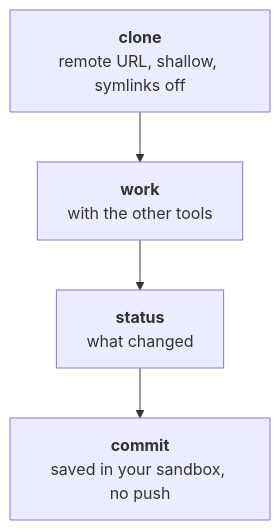
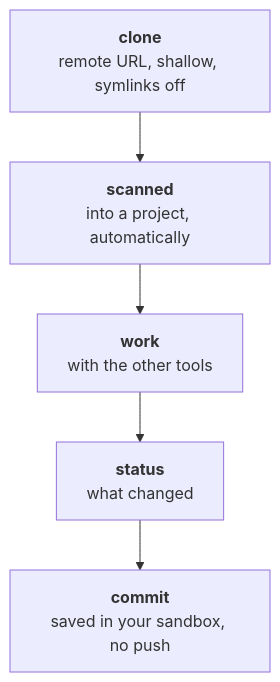
Diagram 13 of 16 in docs/PAPER.md (itamos-technologia/itamos-mcp-tools), drawn with Mermaid before and after one commit. The commit also changed other lines of this file and 2 other files, not shown here.

First line of the commit message:
Paper: describe the current tools

````diff
--- a/docs/PAPER.md
+++ b/docs/PAPER.md
@@ -456,10 +458,12 @@
 ```mermaid
 flowchart TD
   n0["<b>clone</b><br/>remote URL, shallow, symlinks off"]
-  n1["<b>work</b><br/>with the other tools"]
-  n2["<b>status</b><br/>what changed"]
-  n3["<b>commit</b><br/>saved in your sandbox, no push"]
+  n1["<b>scanned</b><br/>into a project, automatically"]
+  n2["<b>work</b><br/>with the other tools"]
+  n3["<b>status</b><br/>what changed"]
+  n4["<b>commit</b><br/>saved in your sandbox, no push"]
   n0 --> n1
   n1 --> n2
   n2 --> n3
+  n3 --> n4
 ```
````
